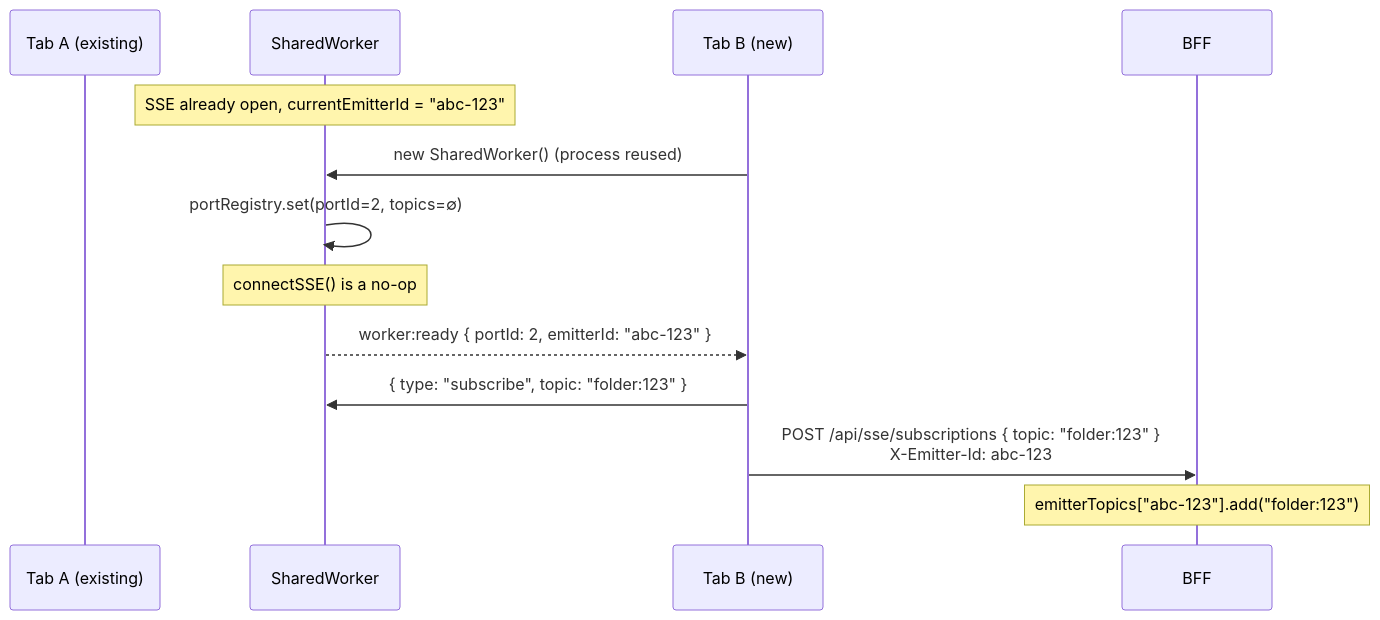
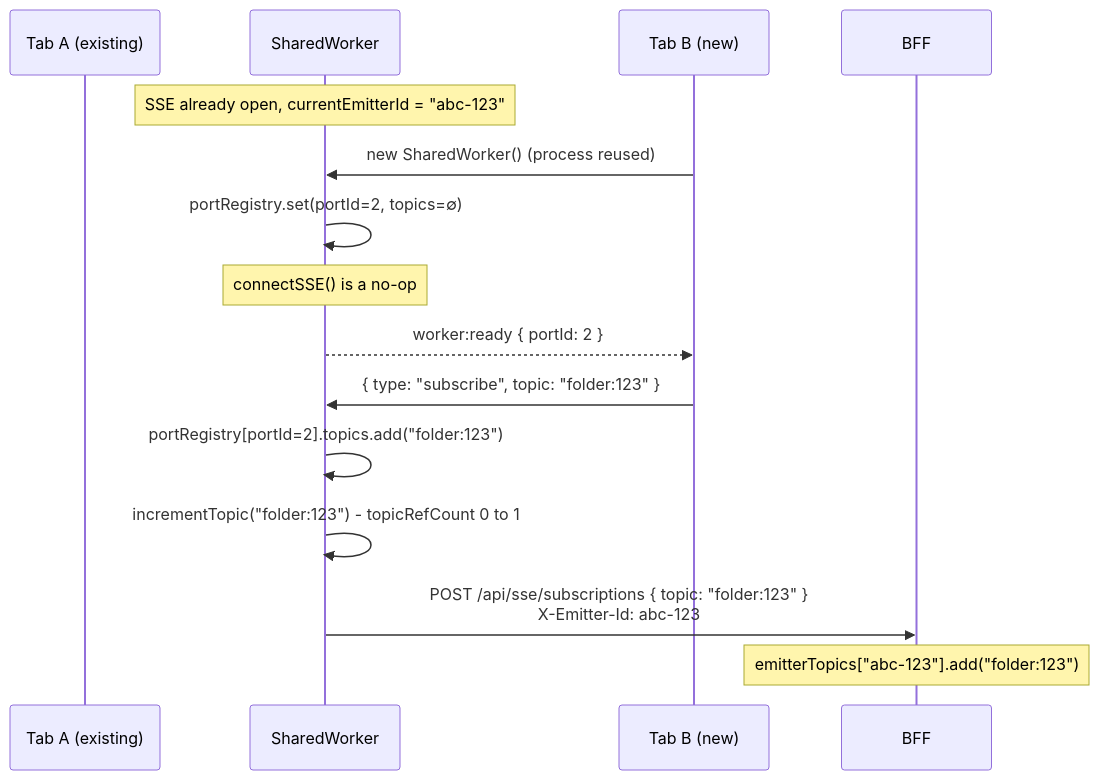
One commit to iarroyo/sse-demo changed the second of 7 diagrams in SSE-DIAGRAMS.md. Above: the diagram before and after it, drawn with Mermaid. The commit also changed other lines of this file and 2 other files, not shown here.

First line of the commit message:
docs(sse): reflect REST subscription calls moved to SharedWorker

````diff
--- a/SSE-DIAGRAMS.md
+++ b/SSE-DIAGRAMS.md
@@ -41,18 +41,20 @@
 ```mermaid
 sequenceDiagram
     participant TabA as Tab A (existing)
     participant Worker as SharedWorker
     participant TabB as Tab B (new)
     participant Server as BFF
 
     Note over Worker: SSE already open, currentEmitterId = "abc-123"
 
     TabB->>Worker: new SharedWorker() (process reused)
     Worker->>Worker: portRegistry.set(portId=2, topics=∅)
     Note over Worker: connectSSE() is a no-op
-    Worker-->>TabB: worker:ready { portId: 2, emitterId: "abc-123" }
+    Worker-->>TabB: worker:ready { portId: 2 }
 
     TabB->>Worker: { type: "subscribe", topic: "folder:123" }
-    TabB->>Server: POST /api/sse/subscriptions { topic: "folder:123" }<br/>X-Emitter-Id: abc-123
+    Worker->>Worker: portRegistry[portId=2].topics.add("folder:123")
+    Worker->>Worker: incrementTopic("folder:123") - topicRefCount 0 to 1
+    Worker->>Server: POST /api/sse/subscriptions { topic: "folder:123" }<br/>X-Emitter-Id: abc-123
     Note over Server: emitterTopics["abc-123"].add("folder:123")
 ```
````
